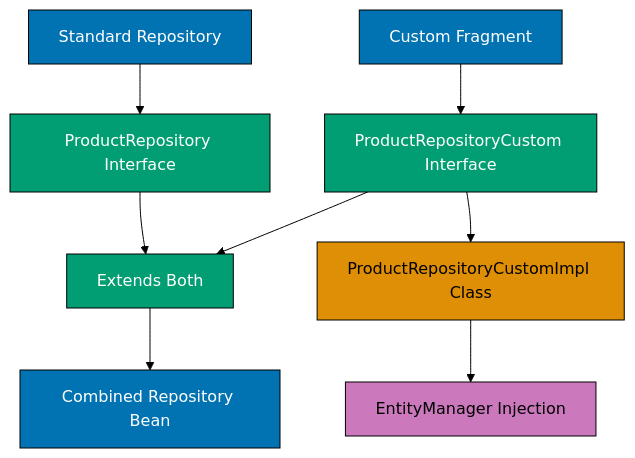
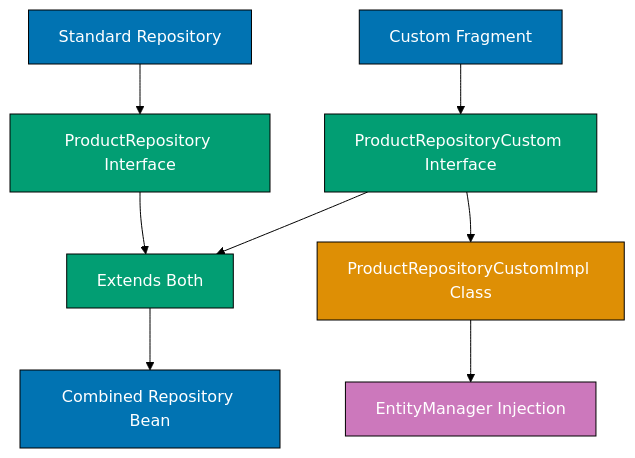
Before and after one commit to wahidyankf/open-sharia-enterprise: the fifth of 10 diagrams in apps/ayokoding-web/content/en/learn/software-engineering/data/tools/spring-data-jpa/by-example/advanced.md, drawn with Mermaid (forest theme). The commit also changed other lines of this file and 61 other files, not shown here.

First line of the commit message:
fix(ayokoding-web): quote Mermaid node labels with special characters in Example 63

````diff
--- a/apps/ayokoding-web/content/en/learn/software-engineering/data/tools/spring-data-jpa/by-example/advanced.md
+++ b/apps/ayokoding-web/content/en/learn/software-engineering/data/tools/spring-data-jpa/by-example/advanced.md
@@ -1613,20 +1613,20 @@
 ```mermaid
 %% Custom repository pattern
 graph TD
     A[Standard Repository] --> B[ProductRepository Interface]
     C[Custom Fragment] --> D[ProductRepositoryCustom Interface]
     D --> E[ProductRepositoryCustomImpl Class]
     E --> F[EntityManager Injection]
     B --> G[Extends Both]
     D --> G
     G --> H[Combined Repository Bean]
 
     style A fill:#0173B2,stroke:#000,color:#fff
     style B fill:#029E73,stroke:#000,color:#fff
     style C fill:#0173B2,stroke:#000,color:#fff
     style D fill:#029E73,stroke:#000,color:#fff
-    style E fill:#DE8F05,stroke:#000,color:#000
-    style F fill:#CC78BC,stroke:#000,color:#000
+    style E fill:#DE8F05,stroke:#000,color:#fff
+    style F fill:#CC78BC,stroke:#000,color:#fff
     style G fill:#029E73,stroke:#000,color:#fff
     style H fill:#0173B2,stroke:#000,color:#fff
 ```
````
